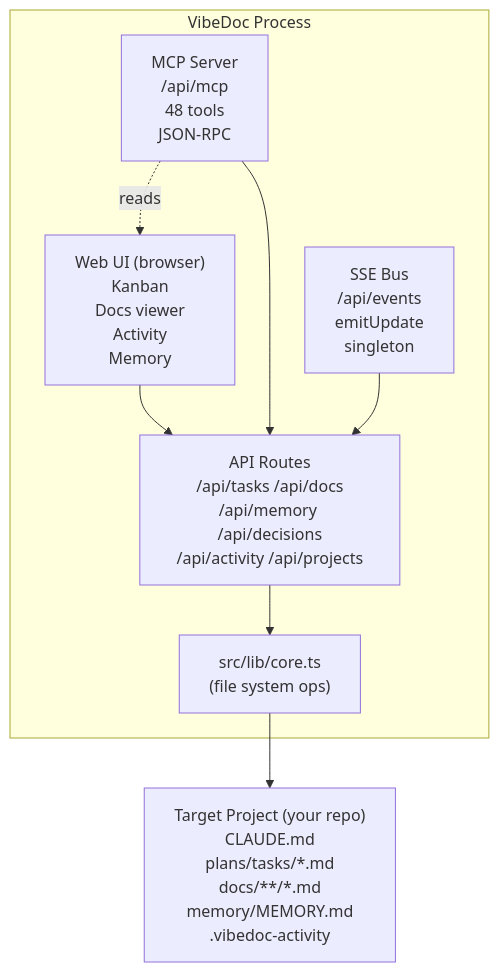
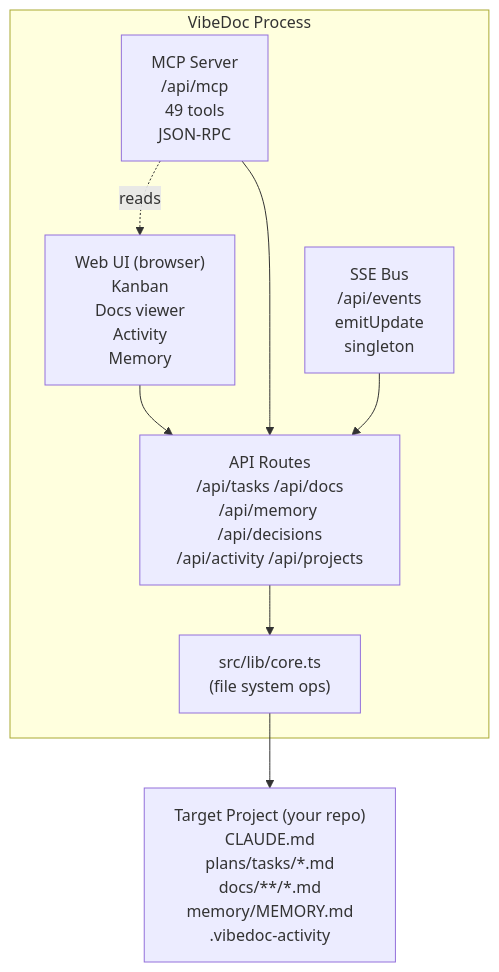
One commit to quanghoangf/vibedoc changed the diagram in docs/architecture/01-overview/DOMAIN_MAP.md. Above: the diagram before and after it, drawn with Mermaid. The commit also changed 21 other files, not shown here.

````diff
--- a/docs/architecture/01-overview/DOMAIN_MAP.md
+++ b/docs/architecture/01-overview/DOMAIN_MAP.md
@@ -6,22 +6,22 @@
 ```mermaid
 graph TB
     subgraph VibeDoc["VibeDoc Process"]
         WebUI["Web UI (browser)<br/>Kanban<br/>Docs viewer<br/>Activity<br/>Memory"]
-        MCP["MCP Server<br/>/api/mcp<br/>48 tools<br/>JSON-RPC"]
+        MCP["MCP Server<br/>/api/mcp<br/>49 tools<br/>JSON-RPC"]
         SSE["SSE Bus<br/>/api/events<br/>emitUpdate<br/>singleton"]
 
         API["API Routes<br/>/api/tasks /api/docs<br/>/api/memory /api/decisions<br/>/api/activity /api/projects"]
 
         Core["src/lib/core.ts<br/>(file system ops)"]
 
         MCP -.->|reads| WebUI
         WebUI --> API
         MCP --> API
         SSE --> API
         API --> Core
     end
 
     Project["Target Project (your repo)<br/>CLAUDE.md<br/>plans/tasks/*.md<br/>docs/**/*.md<br/>memory/MEMORY.md<br/>.vibedoc-activity"]
 
     Core --> Project
 ```
````
